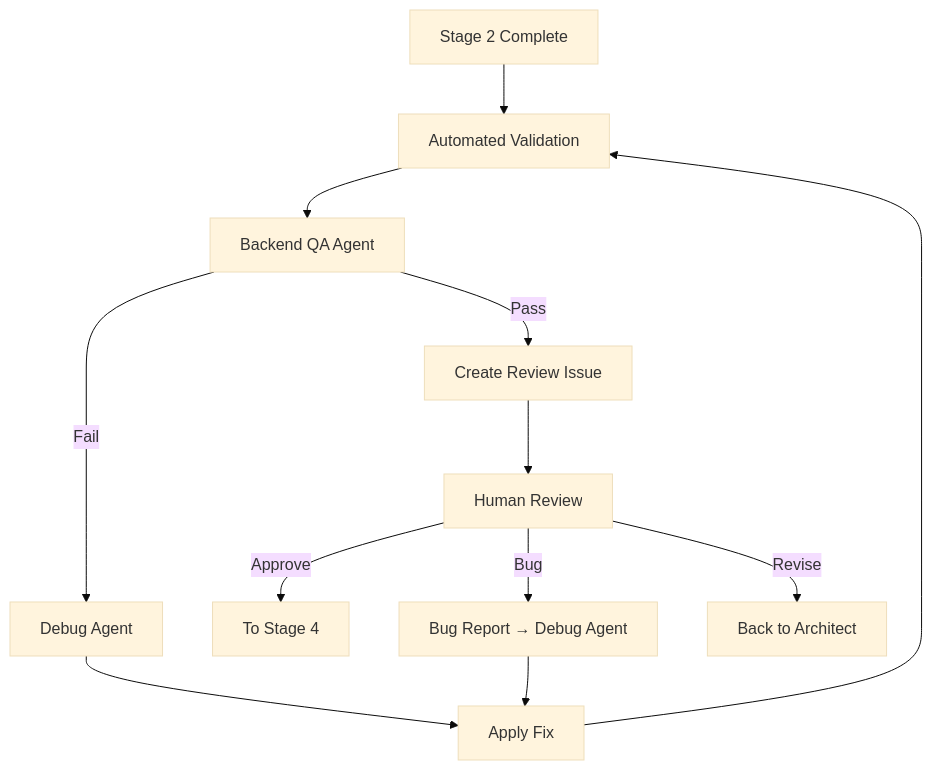
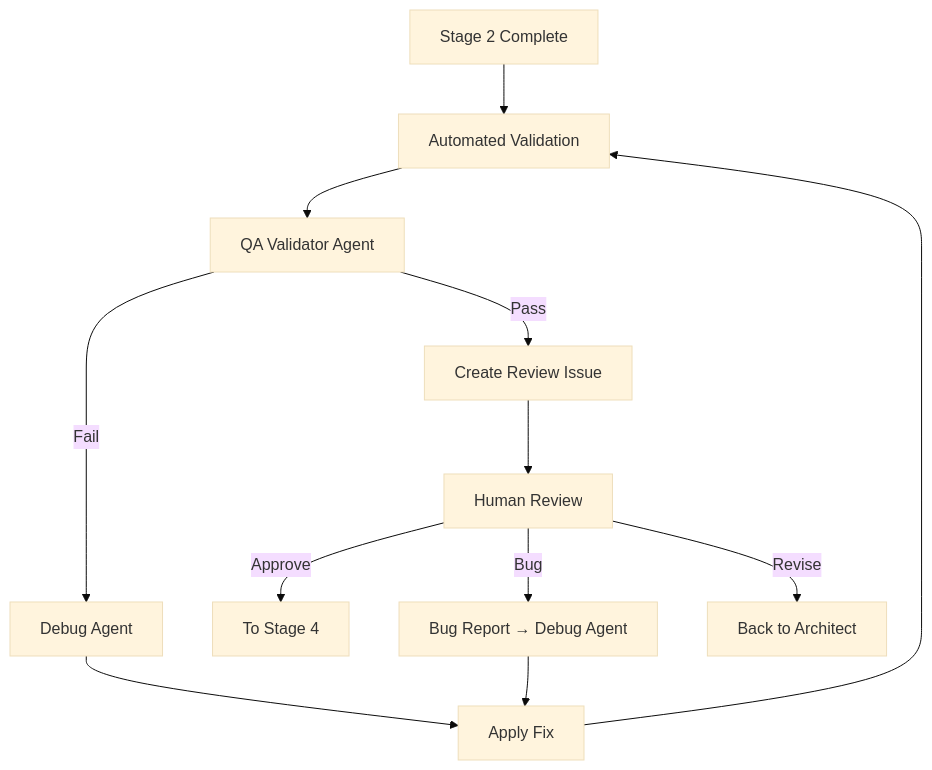
One commit to OGHeyDude/Dev-Agency changed the diagram in prompts/agent_contexts/stage_3_context.md. Above: the diagram before and after it, drawn with Mermaid (base theme). The commit also changed other lines of this file and 6 other files, not shown here.

````diff
--- a/prompts/agent_contexts/stage_3_context.md
+++ b/prompts/agent_contexts/stage_3_context.md
@@ -83,14 +83,14 @@
 ```mermaid
 graph TD
     Start[Stage 2 Complete] --> Auto[Automated Validation]
-    Auto --> BackendQA[Backend QA Agent]
-    BackendQA -->|Pass| Review[Create Review Issue]
-    BackendQA -->|Fail| Debug[Debug Agent]
+    Auto --> QAValidator[QA Validator Agent]
+    QAValidator -->|Pass| Review[Create Review Issue]
+    QAValidator -->|Fail| Debug[Debug Agent]
     Debug --> Fix[Apply Fix]
     Fix --> Auto
     Review --> Human[Human Review]
     Human -->|Approve| Stage4[To Stage 4]
     Human -->|Bug| DebugLoop[Bug Report → Debug Agent]
     Human -->|Revise| Architect[Back to Architect]
     DebugLoop --> Fix
 ```
````
